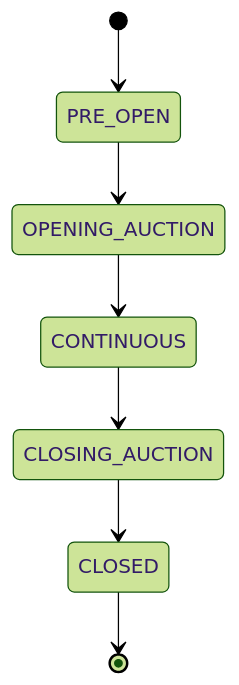
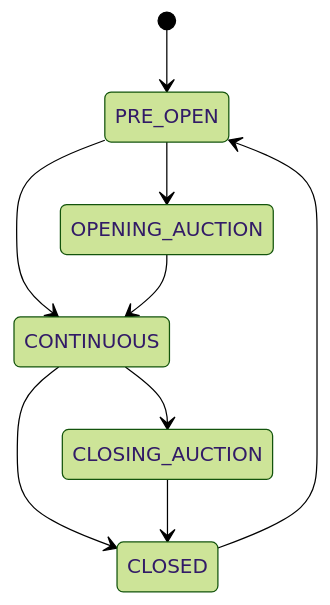
The diagram in docs/books/operator-guide/part-3-run/020-admin-console-and-commands.md (johan162/EduMatcher), drawn with Mermaid (forest theme) before and after one commit. The commit also changed other lines of this file and 71 other files, not shown here.

````diff
--- a/docs/books/operator-guide/part-3-run/020-admin-console-and-commands.md
+++ b/docs/books/operator-guide/part-3-run/020-admin-console-and-commands.md
@@ -1362,9 +1365,11 @@
 ```mermaid
 stateDiagram-v2
     [*] --> PRE_OPEN
     PRE_OPEN --> OPENING_AUCTION
+    PRE_OPEN --> CONTINUOUS
     OPENING_AUCTION --> CONTINUOUS
     CONTINUOUS --> CLOSING_AUCTION
+    CONTINUOUS --> CLOSED
     CLOSING_AUCTION --> CLOSED
-    CLOSED --> [*]
+    CLOSED --> PRE_OPEN
 ```
````
